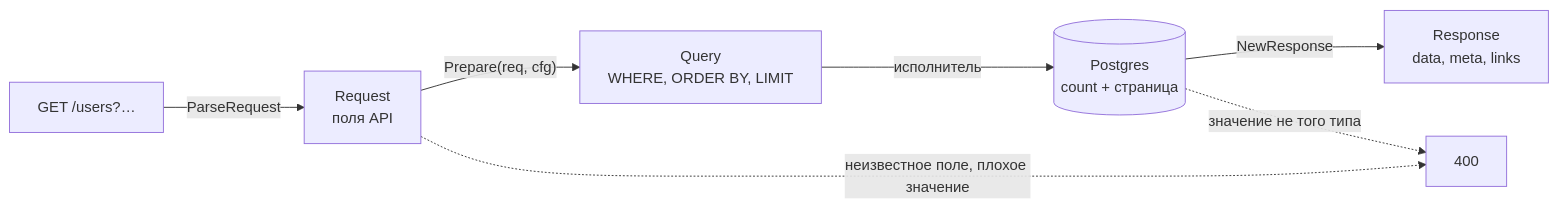
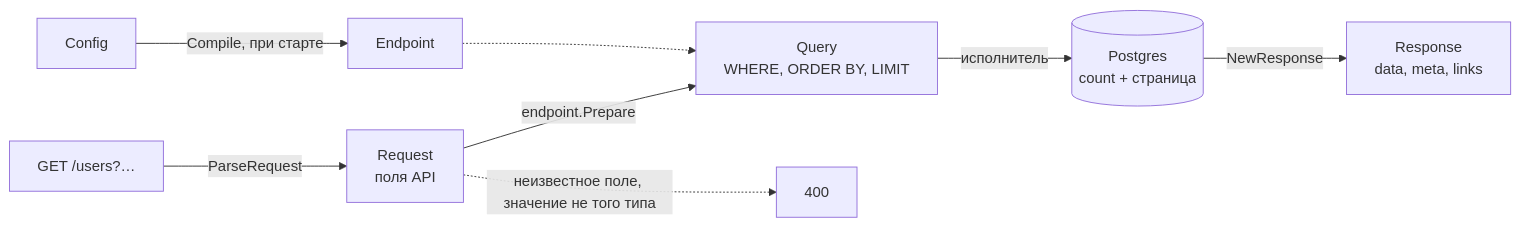
Before and after one commit to svyatoslavratov/go-paginate: the diagram in README.ru.md, drawn with Mermaid. The commit also changed other lines of this file and 88 other files, not shown here.

````diff
--- a/README.ru.md
+++ b/README.ru.md
@@ -168,9 +196,10 @@
 ```mermaid
 flowchart LR
+    cfg["Config"] -- "Compile, при старте" --> endpoint["Endpoint"]
     http["GET /users?…"] -- "ParseRequest" --> req["Request<br/>поля API"]
-    req -- "Prepare(req, cfg)" --> query["Query<br/>WHERE, ORDER BY, LIMIT"]
+    req -- "endpoint.Prepare" --> query["Query<br/>WHERE, ORDER BY, LIMIT"]
+    endpoint -.-> query
     query -- "исполнитель" --> db[("Postgres<br/>count + страница")]
     db -- "NewResponse" --> resp["Response<br/>data, meta, links"]
-    req -. "неизвестное поле, плохое значение" .-> bad["400"]
-    db -. "значение не того типа" .-> bad
+    req -. "неизвестное поле, значение не того типа" .-> bad["400"]
 ```
````
